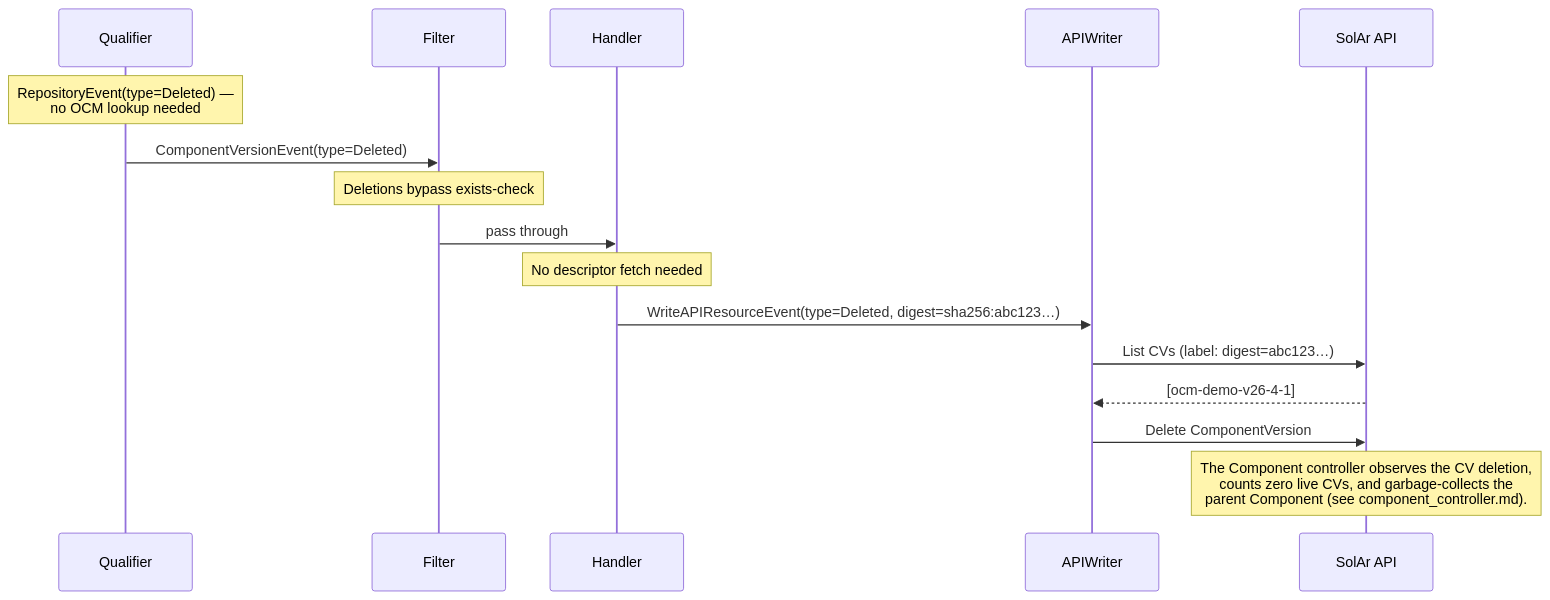
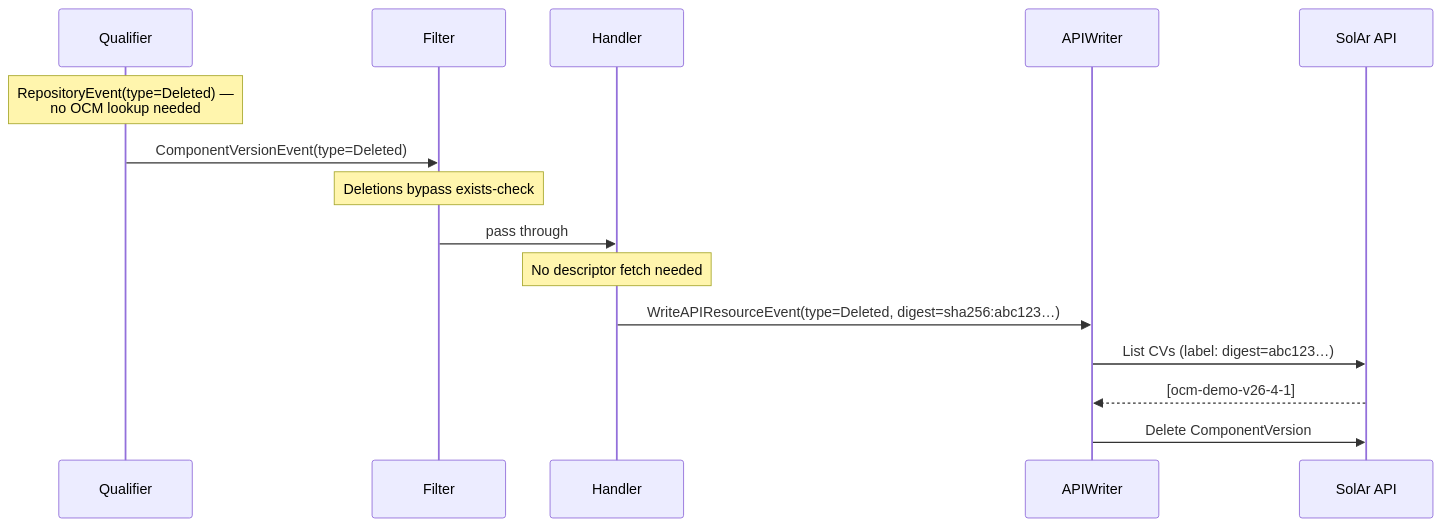
One commit to opendefensecloud/solution-arsenal changed the seventh of 7 diagrams in docs/developer-guide/discovery_pipeline.md. Above: the diagram before and after it, drawn with Mermaid. The commit also changed other lines of this file and 99 other files, not shown here.

````diff
--- a/docs/developer-guide/discovery_pipeline.md
+++ b/docs/developer-guide/discovery_pipeline.md
@@ -190,19 +190,18 @@
 ```mermaid
 sequenceDiagram
     participant Qualifier as Qualifier
     participant Filter as Filter
     participant Handler as Handler
     participant Writer as APIWriter
     participant K8s as SolAr API
 
     Note over Qualifier: RepositoryEvent(type=Deleted) —<br/>no OCM lookup needed
     Qualifier->>Filter: ComponentVersionEvent(type=Deleted)
     Note over Filter: Deletions bypass exists-check
     Filter->>Handler: pass through
     Note over Handler: No descriptor fetch needed
     Handler->>Writer: WriteAPIResourceEvent(type=Deleted, digest=sha256:abc123…)
     Writer->>K8s: List CVs (label: digest=abc123…)
     K8s-->>Writer: [ocm-demo-v26-4-1]
     Writer->>K8s: Delete ComponentVersion
-    Note over K8s: The Component controller observes the CV deletion,<br/>counts zero live CVs, and garbage-collects the<br/>parent Component (see component_controller.md).
 ```
````
